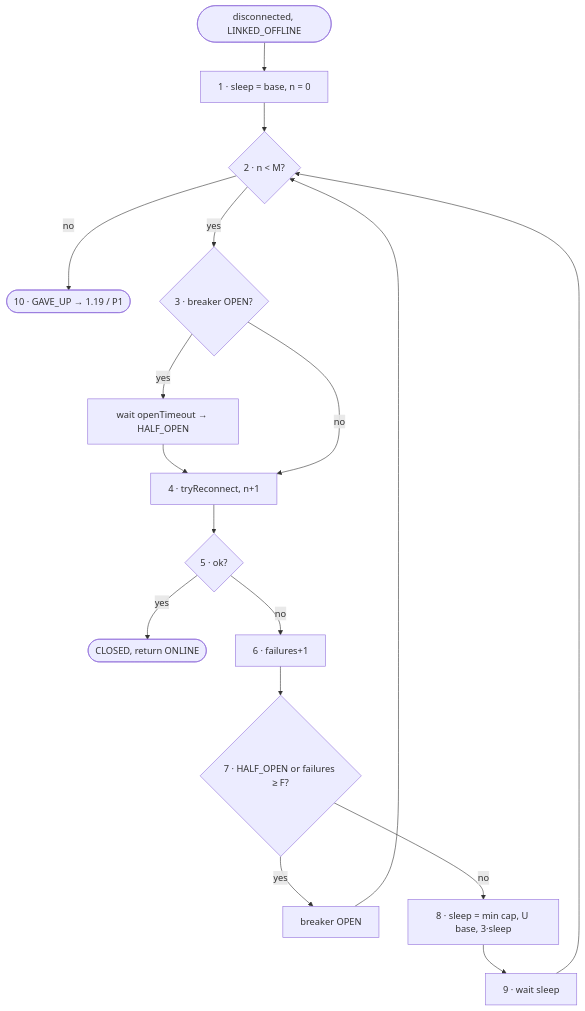
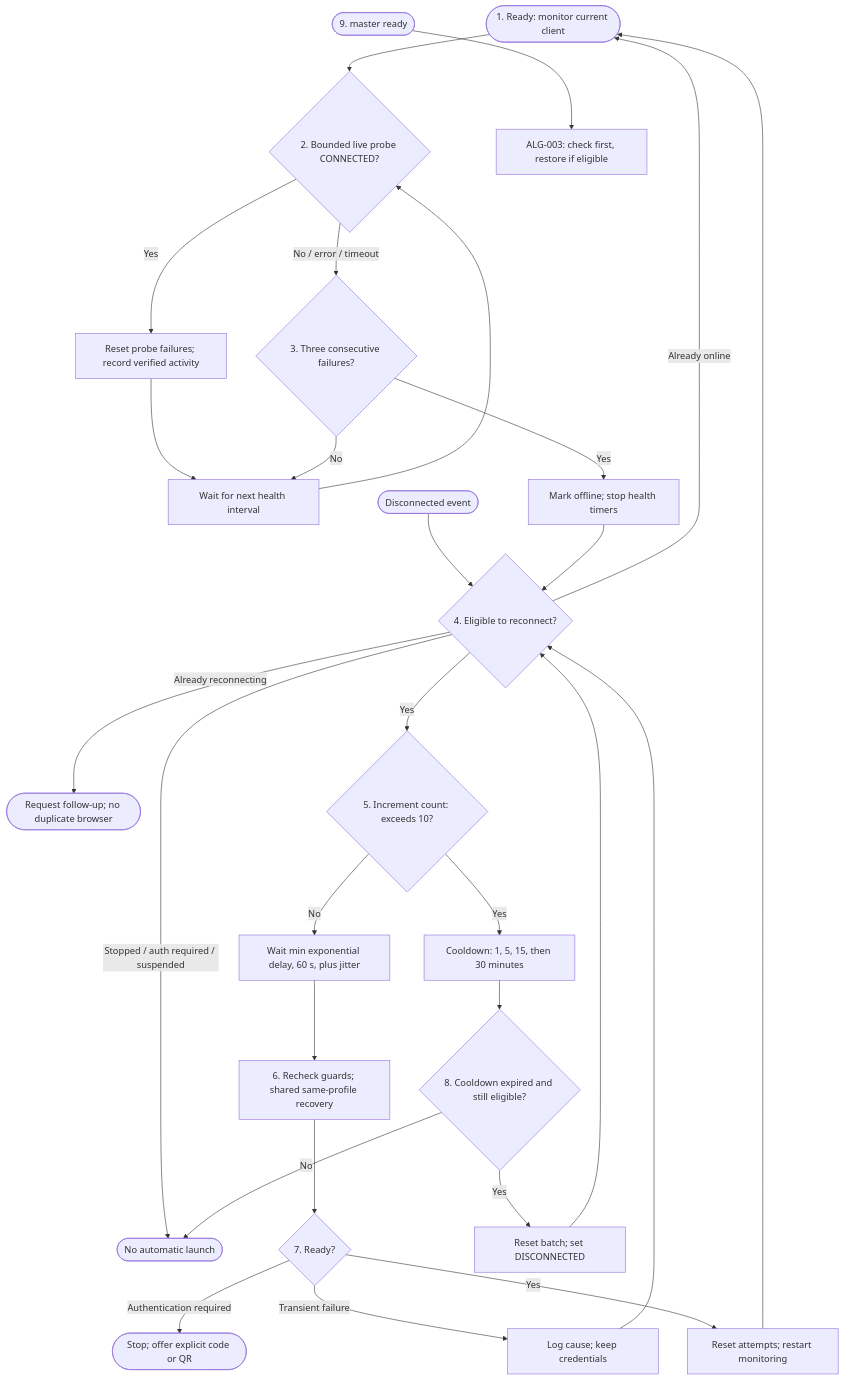
One commit to arslan9024/whatsapp-bot-linda changed the diagram in docs/plans/04-flowcharts/FC-006-reconnect-backoff.md. Above: the diagram before and after it, drawn with Mermaid. The commit also changed other lines of this file and 17 other files, not shown here.

First line of the commit message:
fix(sessions): hardened master restore and software reference docs

````diff
--- a/docs/plans/04-flowcharts/FC-006-reconnect-backoff.md
+++ b/docs/plans/04-flowcharts/FC-006-reconnect-backoff.md
@@ -10,19 +8,30 @@
 ```mermaid
 flowchart TD
-  S([disconnected, LINKED_OFFLINE]) --> A1["1 · sleep = base, n = 0"]
-  A1 --> A2{"2 · n < M?"}
-  A2 -- no --> A10(["10 · GAVE_UP → 1.19 / P1"])
-  A2 -- yes --> A3{"3 · breaker OPEN?"}
-  A3 -- yes --> W["wait openTimeout → HALF_OPEN"]
-  W --> A4
-  A3 -- no --> A4["4 · tryReconnect, n+1"]
-  A4 --> A5{"5 · ok?"}
-  A5 -- yes --> OK(["CLOSED, return ONLINE"])
-  A5 -- no --> A6["6 · failures+1"]
-  A6 --> A7{"7 · HALF_OPEN or failures ≥ F?"}
-  A7 -- yes --> O["breaker OPEN"]
-  O --> A2
-  A7 -- no --> A8["8 · sleep = min cap, U base, 3·sleep"]
-  A8 --> A9["9 · wait sleep"]
-  A9 --> A2
+  S(["1. Ready: monitor current client"]) --> A2{"2. Bounded live probe CONNECTED?"}
+  A2 -- Yes --> RESET["Reset probe failures; record verified activity"]
+  RESET --> WAIT["Wait for next health interval"]
+  WAIT --> A2
+  A2 -- "No / error / timeout" --> A3{"3. Three consecutive failures?"}
+  A3 -- No --> WAIT
+  A3 -- Yes --> OFF["Mark offline; stop health timers"]
+  DROP(["Disconnected event"]) --> A4
+  OFF --> A4{"4. Eligible to reconnect?"}
+  A4 -- "Stopped / auth required / suspended" --> STOP(["No automatic launch"])
+  A4 -- "Already online" --> S
+  A4 -- "Already reconnecting" --> JOIN(["Request follow-up; no duplicate browser"])
+  A4 -- Yes --> A5{"5. Increment count: exceeds 10?"}
+  A5 -- No --> DELAY["Wait min exponential delay, 60 s, plus jitter"]
+  DELAY --> A6["6. Recheck guards; shared same-profile recovery"]
+  A6 --> A7{"7. Ready?"}
+  A7 -- Yes --> OK["Reset attempts; restart monitoring"]
+  OK --> S
+  A7 -- "Transient failure" --> ERROR["Log cause; keep credentials"]
+  ERROR --> A4
+  A7 -- "Authentication required" --> AUTH(["Stop; offer explicit code or QR"])
+  A5 -- Yes --> COOL["Cooldown: 1, 5, 15, then 30 minutes"]
+  COOL --> A8{"8. Cooldown expired and still eligible?"}
+  A8 -- No --> STOP
+  A8 -- Yes --> NEW["Reset batch; set DISCONNECTED"]
+  NEW --> A4
+  MANUAL(["9. master ready"]) --> ALG3["ALG-003: check first, restore if eligible"]
 ```
````
